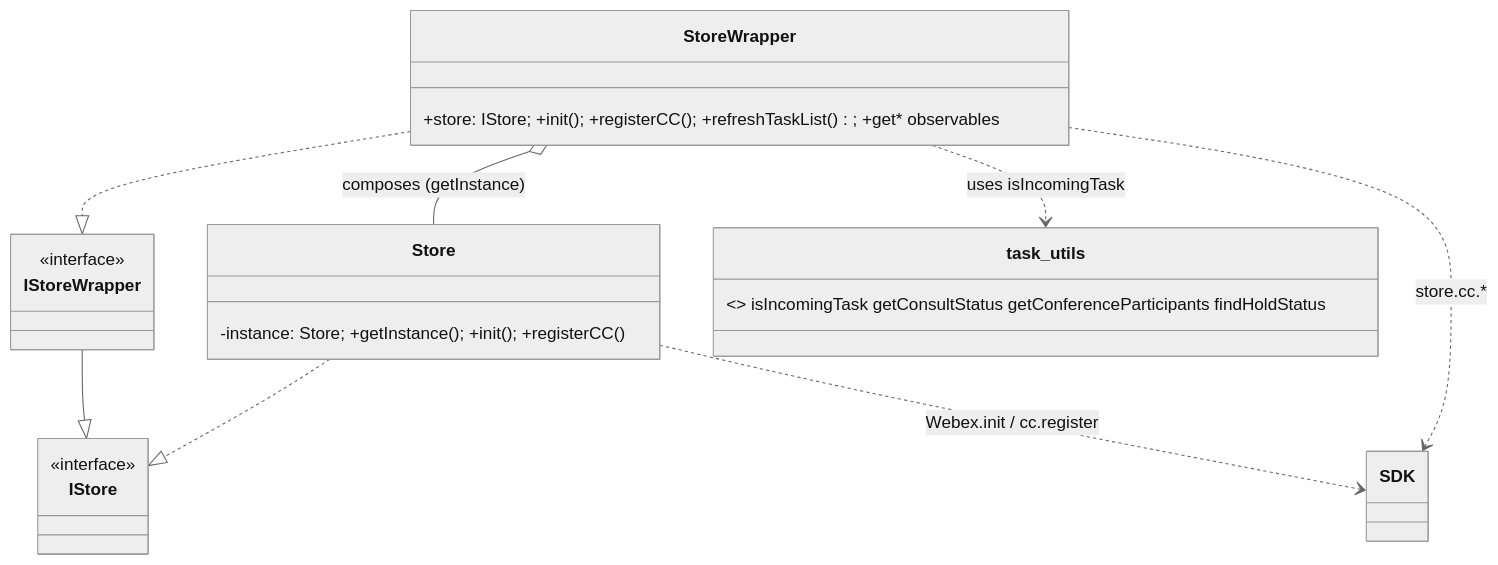
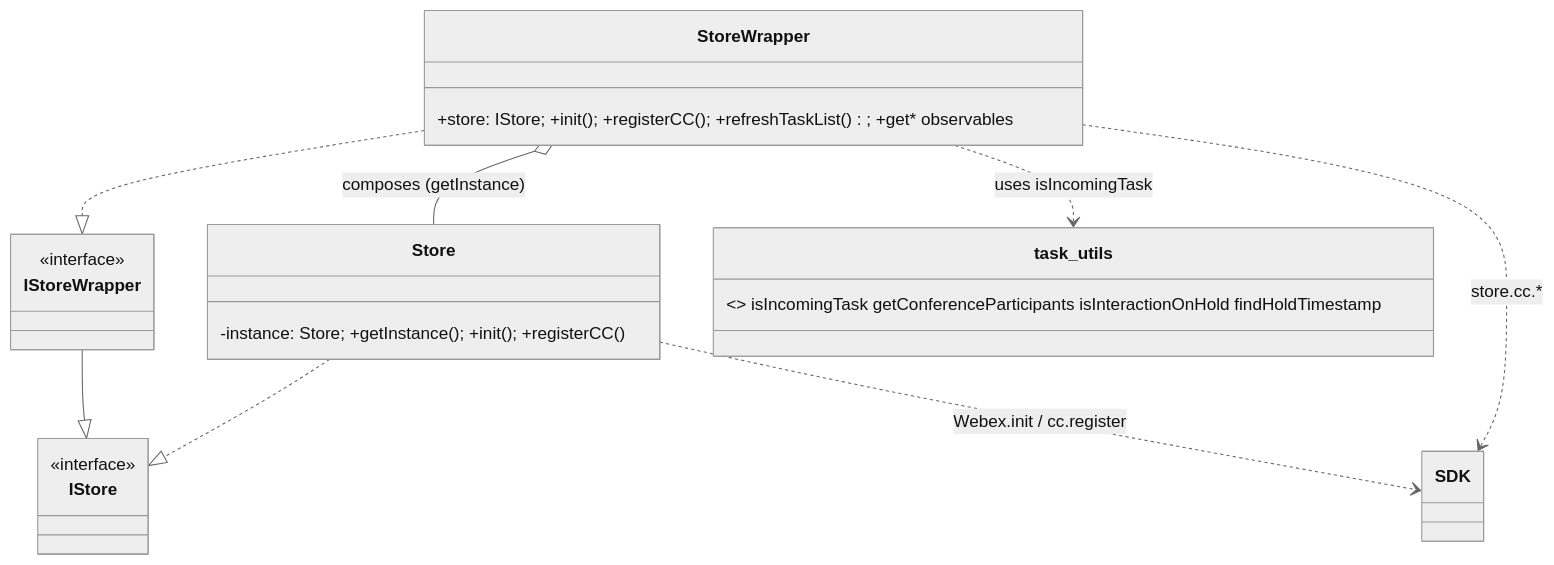
One commit to webex/widgets changed the eighth of 8 diagrams in packages/contact-center/store/ai-docs/store-spec.md. Above: the diagram before and after it, drawn with Mermaid (neutral theme). The commit also changed other lines of this file and 20 other files, not shown here.

````diff
--- a/packages/contact-center/store/ai-docs/store-spec.md
+++ b/packages/contact-center/store/ai-docs/store-spec.md
@@ -261,15 +289,15 @@
 ```mermaid
 classDiagram
   class IStore { <<interface>> }
   class IStoreWrapper { <<interface>> }
   class Store { -instance: Store; +getInstance(); +init(); +registerCC() }
   class StoreWrapper { +store: IStore; +init(); +registerCC(); +refreshTaskList(); +get* observables }
   IStoreWrapper --|> IStore
   Store ..|> IStore
   StoreWrapper ..|> IStoreWrapper
   StoreWrapper o-- Store : composes (getInstance)
   StoreWrapper ..> task_utils : uses isIncomingTask
   StoreWrapper ..> SDK : store.cc.*
   Store ..> SDK : Webex.init / cc.register
-  class task_utils { <<module>> isIncomingTask getConsultStatus getConferenceParticipants findHoldStatus }
+  class task_utils { <<module>> isIncomingTask getConferenceParticipants isInteractionOnHold findHoldTimestamp }
 ```
````
